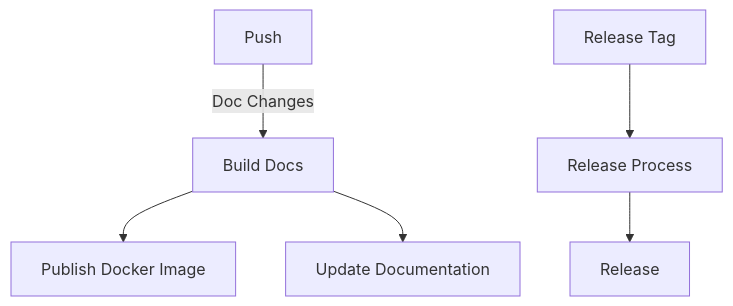
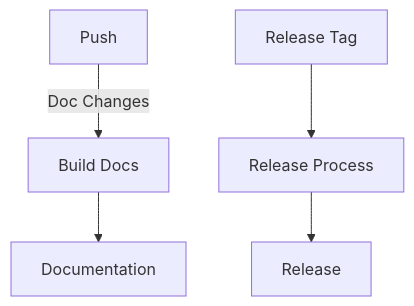
The fifth of 7 diagrams in docs/auto/ARCHITECTURE_AUTO.md (zepfu/llama-gguf-inference), drawn with Mermaid before and after one commit. The commit also changed other lines of this file and 3 other files, not shown here.

````diff
--- a/docs/auto/ARCHITECTURE_AUTO.md
+++ b/docs/auto/ARCHITECTURE_AUTO.md
@@ -104,10 +194,9 @@
 ```mermaid
 flowchart TD
 
     Push -->|Doc Changes| Docs[Build Docs]
-    Docs --> publish[Publish Docker Image]
-    Docs --> update_docs[Update Documentation]
+    Docs --> docs[Documentation]
 
     Tag[Release Tag] --> Release[Release Process]
     Release --> release[Release]
 ```
````
